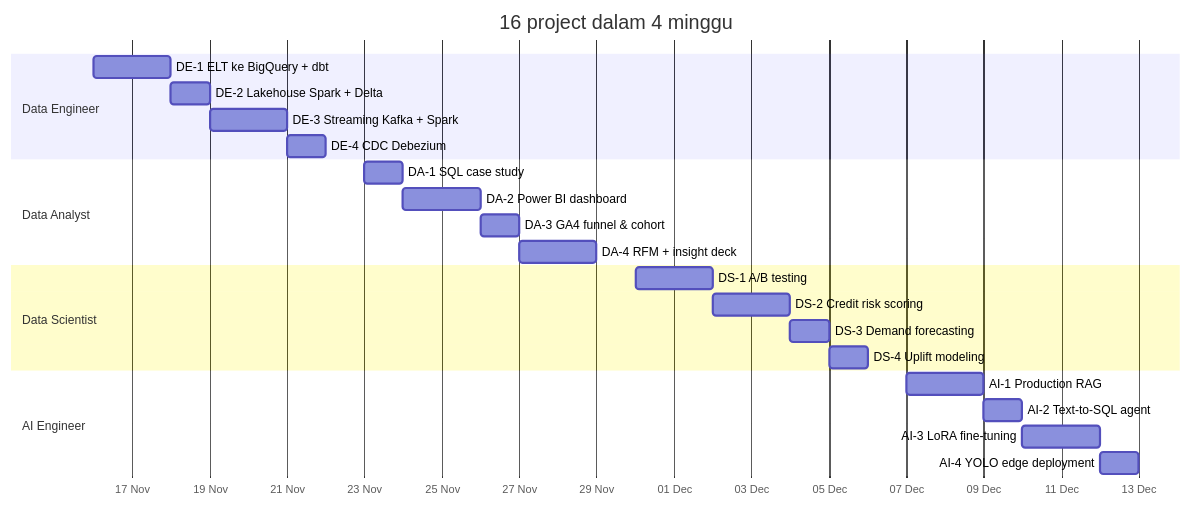
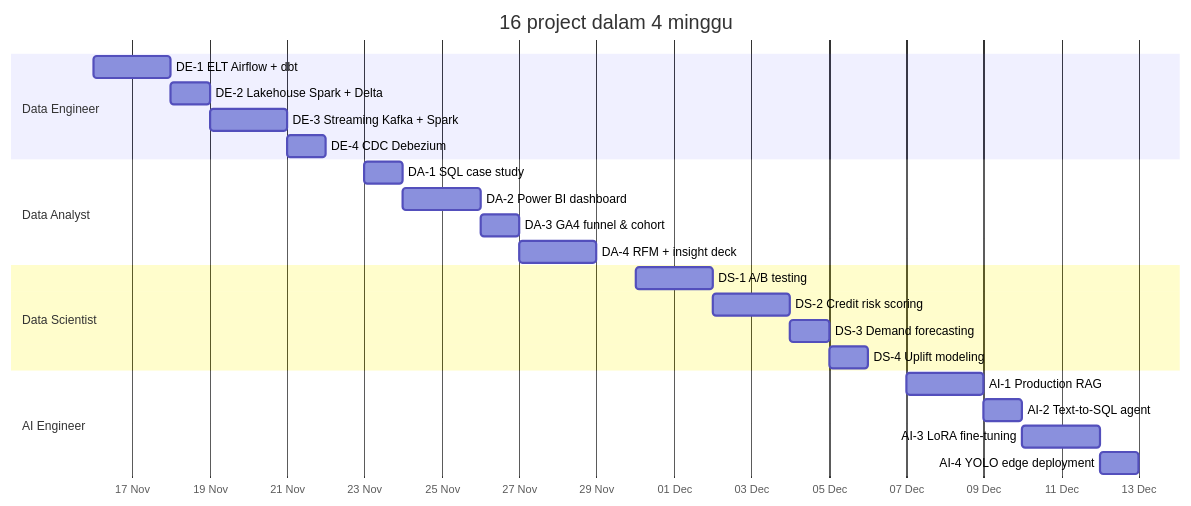
Before and after one commit to Frenwin/Portfolio-frenwin: the diagram in ROADMAP.md, drawn with Mermaid. The commit also changed other lines of this file and 61 other files, not shown here.

Commit message:
DE-1: done - Airflow + dbt ELT, 1.55M rows, 70 tests, SCD2 customers, CI

````diff
--- a/ROADMAP.md
+++ b/ROADMAP.md
@@ -27,26 +27,26 @@
 ```mermaid
 gantt
     title 16 project dalam 4 minggu
     dateFormat YYYY-MM-DD
     axisFormat %d %b
     section Data Engineer
-    DE-1 ELT ke BigQuery + dbt      :de1, 2026-11-16, 2d
+    DE-1 ELT Airflow + dbt         :de1, 2026-11-16, 2d
     DE-2 Lakehouse Spark + Delta    :de2, 2026-11-18, 1d
     DE-3 Streaming Kafka + Spark    :de3, 2026-11-19, 2d
     DE-4 CDC Debezium               :de4, 2026-11-21, 1d
     section Data Analyst
     DA-1 SQL case study             :da1, 2026-11-23, 1d
     DA-2 Power BI dashboard         :da2, 2026-11-24, 2d
     DA-3 GA4 funnel & cohort        :da3, 2026-11-26, 1d
     DA-4 RFM + insight deck         :da4, 2026-11-27, 2d
     section Data Scientist
     DS-1 A/B testing                :ds1, 2026-11-30, 2d
     DS-2 Credit risk scoring        :ds2, 2026-12-02, 2d
     DS-3 Demand forecasting         :ds3, 2026-12-04, 1d
     DS-4 Uplift modeling            :ds4, 2026-12-05, 1d
     section AI Engineer
     AI-1 Production RAG             :ai1, 2026-12-07, 2d
     AI-2 Text-to-SQL agent          :ai2, 2026-12-09, 1d
     AI-3 LoRA fine-tuning           :ai3, 2026-12-10, 2d
     AI-4 YOLO edge deployment       :ai4, 2026-12-12, 1d
 ```
````
